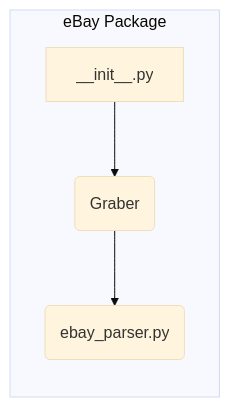
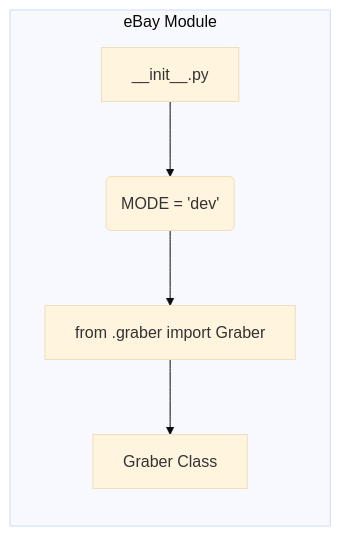
The second of 2 diagrams in docs/gemini/ru/explainer/src/suppliers/ebay/__init__.md (hypo69/hypo), drawn with Mermaid (base theme) before and after one commit. The commit also changed other lines of this file and 468 other files, not shown here.

````diff
--- a/docs/gemini/ru/explainer/src/suppliers/ebay/__init__.md
+++ b/docs/gemini/ru/explainer/src/suppliers/ebay/__init__.md
@@ -40,7 +45,8 @@
 ```mermaid
 graph LR
-    subgraph eBay Package
-        A[__init__.py] --> B(Graber);
-        B --> C(ebay_parser.py);
+    subgraph eBay Module
+        A[__init__.py] --> B(MODE = 'dev');
+        B --> C[from .graber import Graber];
+        C --> D[Graber Class];
     end
 ```
````
